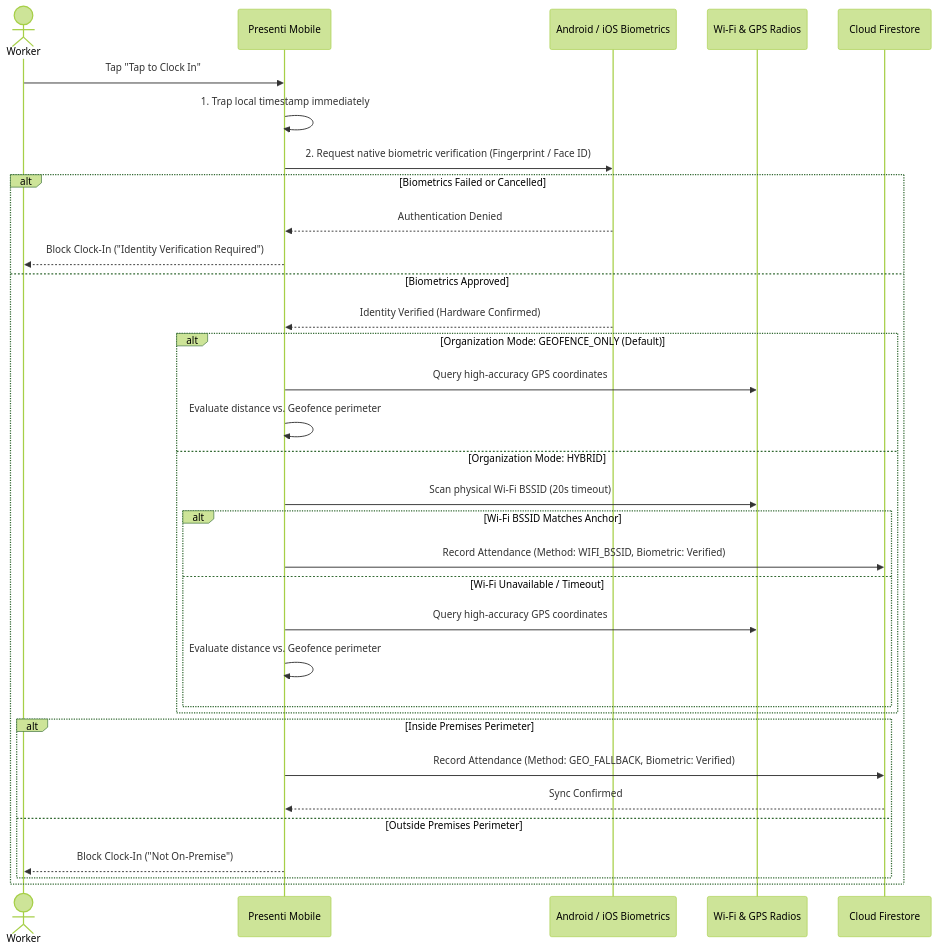
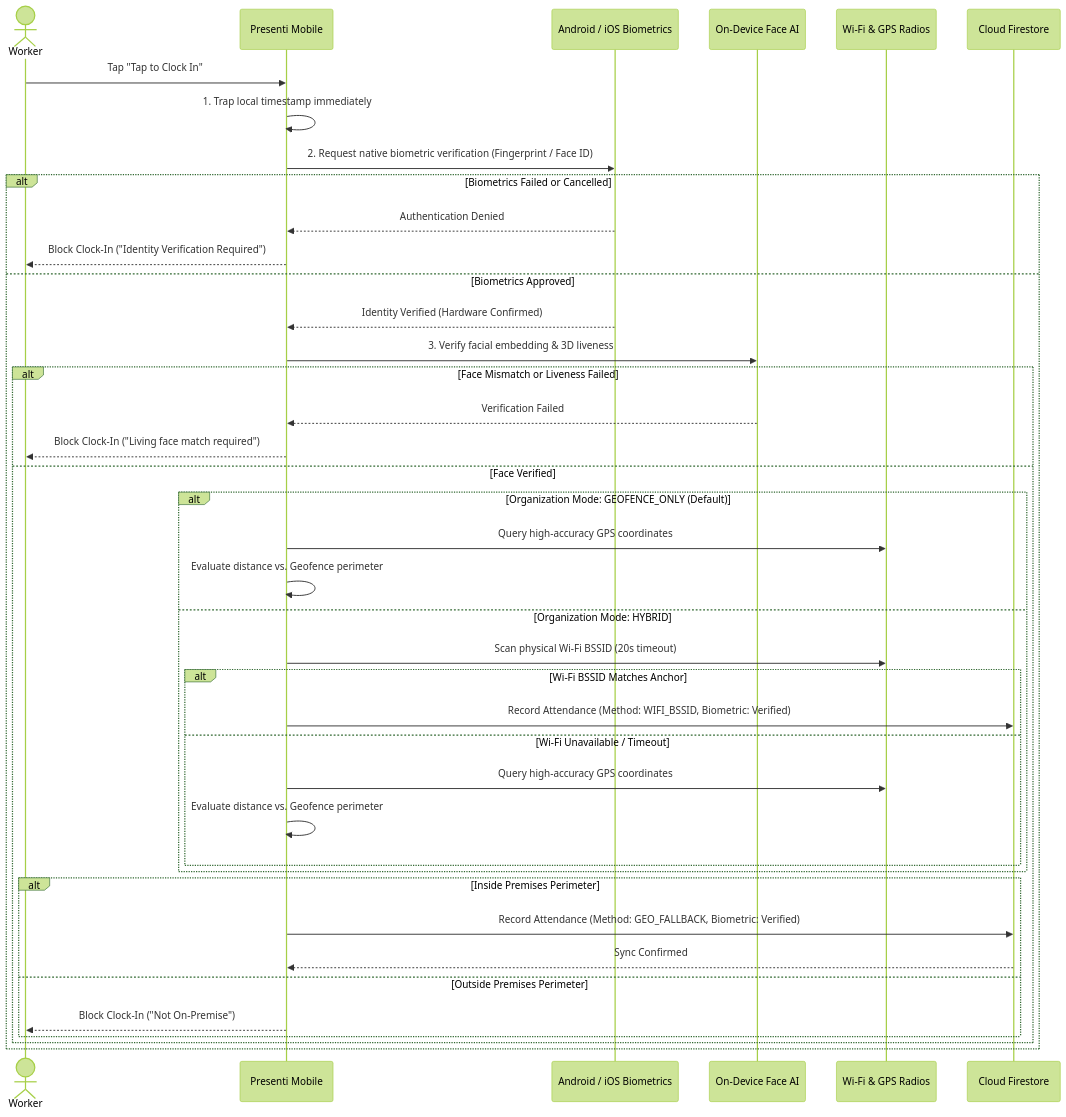
Before and after one commit to kachiDeGreat/Presenti-mobile: the diagram in README.md, drawn with Mermaid (forest theme). The commit also changed other lines of this file, not shown here.

Commit message:
docs: update README with on-device face AI, Admin Hub, and system architecture

````diff
--- a/README.md
+++ b/README.md
@@ -81,36 +79,43 @@
 ```mermaid
 sequenceDiagram
     actor Worker
     participant Mobile as Presenti Mobile
     participant NativeSec as Android / iOS Biometrics
+    participant FaceAI as On-Device Face AI
     participant Radios as Wi-Fi & GPS Radios
     participant Cloud as Cloud Firestore
 
     Worker->>Mobile: Tap "Tap to Clock In"
     Mobile->>Mobile: 1. Trap local timestamp immediately
     Mobile->>NativeSec: 2. Request native biometric verification (Fingerprint / Face ID)
     alt Biometrics Failed or Cancelled
         NativeSec-->>Mobile: Authentication Denied
         Mobile-->>Worker: Block Clock-In ("Identity Verification Required")
     else Biometrics Approved
         NativeSec-->>Mobile: Identity Verified (Hardware Confirmed)
-        alt Organization Mode: GEOFENCE_ONLY (Default)
-            Mobile->>Radios: Query high-accuracy GPS coordinates
-            Mobile->>Mobile: Evaluate distance vs. Geofence perimeter
-        else Organization Mode: HYBRID
-            Mobile->>Radios: Scan physical Wi-Fi BSSID (20s timeout)
-            alt Wi-Fi BSSID Matches Anchor
-                Mobile->>Cloud: Record Attendance (Method: WIFI_BSSID, Biometric: Verified)
-            else Wi-Fi Unavailable / Timeout
+        Mobile->>FaceAI: 3. Verify facial embedding & 3D liveness
+        alt Face Mismatch or Liveness Failed
+            FaceAI-->>Mobile: Verification Failed
+            Mobile-->>Worker: Block Clock-In ("Living face match required")
+        else Face Verified
+            alt Organization Mode: GEOFENCE_ONLY (Default)
                 Mobile->>Radios: Query high-accuracy GPS coordinates
                 Mobile->>Mobile: Evaluate distance vs. Geofence perimeter
+            else Organization Mode: HYBRID
+                Mobile->>Radios: Scan physical Wi-Fi BSSID (20s timeout)
+                alt Wi-Fi BSSID Matches Anchor
+                    Mobile->>Cloud: Record Attendance (Method: WIFI_BSSID, Biometric: Verified)
+                else Wi-Fi Unavailable / Timeout
+                    Mobile->>Radios: Query high-accuracy GPS coordinates
+                    Mobile->>Mobile: Evaluate distance vs. Geofence perimeter
+                end
             end
-        end
-        alt Inside Premises Perimeter
-            Mobile->>Cloud: Record Attendance (Method: GEO_FALLBACK, Biometric: Verified)
-            Cloud-->>Mobile: Sync Confirmed
-        else Outside Premises Perimeter
-            Mobile-->>Worker: Block Clock-In ("Not On-Premise")
+            alt Inside Premises Perimeter
+                Mobile->>Cloud: Record Attendance (Method: GEO_FALLBACK, Biometric: Verified)
+                Cloud-->>Mobile: Sync Confirmed
+            else Outside Premises Perimeter
+                Mobile-->>Worker: Block Clock-In ("Not On-Premise")
+            end
         end
     end
 ```
````
